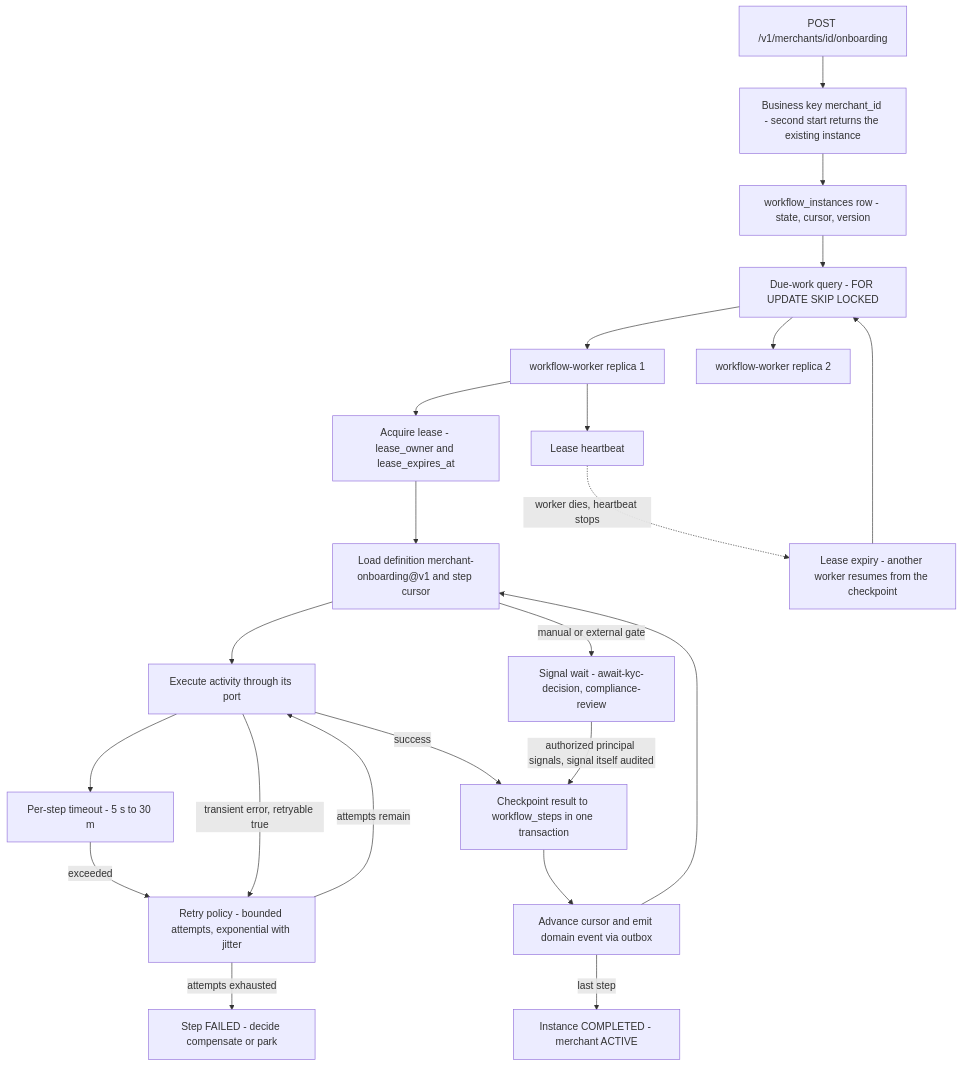
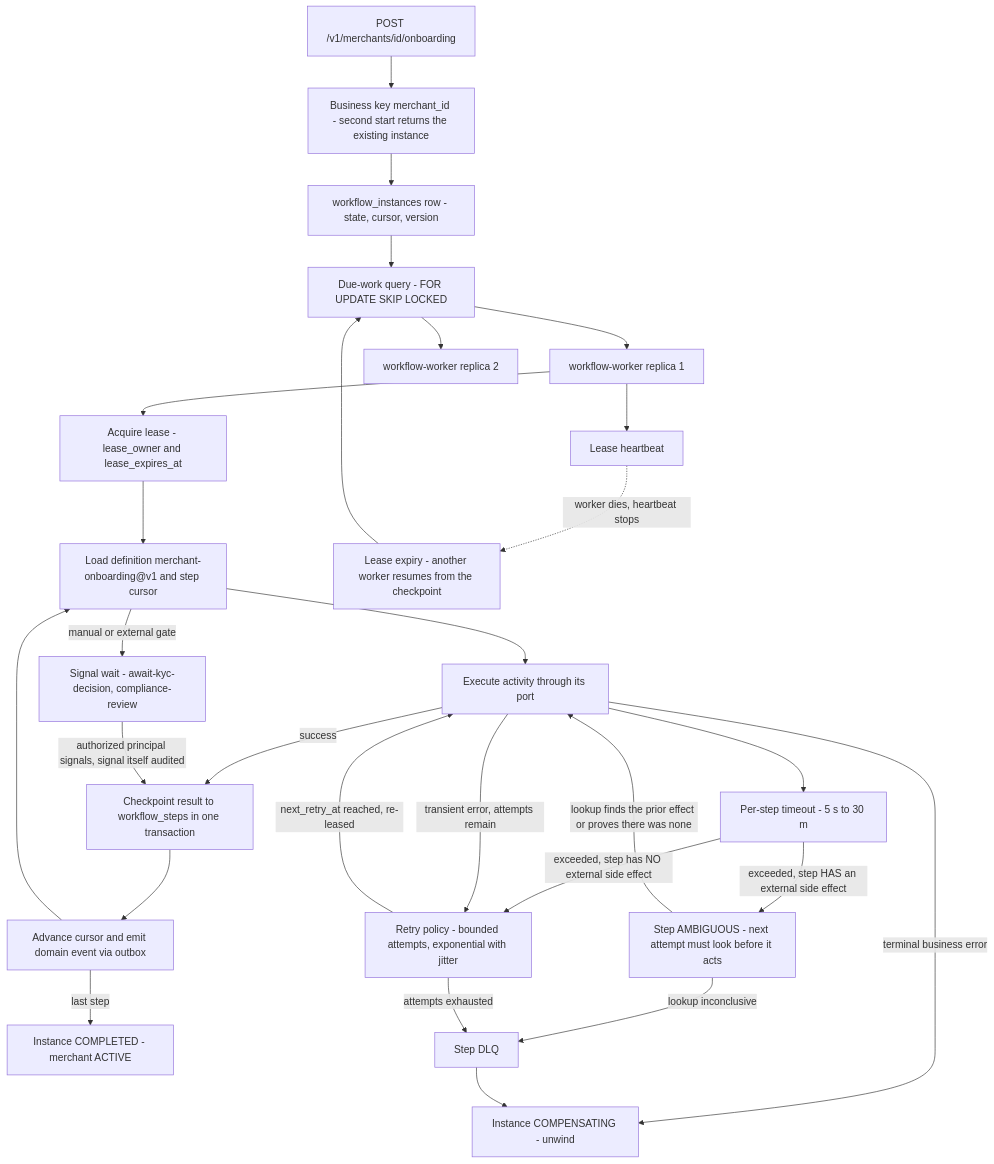
Before and after one commit to udaykishore-resu/payments-platform: the first of 4 diagrams in docs/diagrams/04-automation-plane.md, drawn with Mermaid. The commit also changed other lines of this file and 67 other files, not shown here.

````diff
--- a/docs/diagrams/04-automation-plane.md
+++ b/docs/diagrams/04-automation-plane.md
@@ -15,38 +17,43 @@
 ```mermaid
 flowchart TB
   START["POST /v1/merchants/id/onboarding"]
   BK["Business key merchant_id - second start returns the existing instance"]
   WI["workflow_instances row - state, cursor, version"]
   Q["Due-work query - FOR UPDATE SKIP LOCKED"]
   W1["workflow-worker replica 1"]
   W2["workflow-worker replica 2"]
   LEASE["Acquire lease - lease_owner and lease_expires_at"]
   LOAD["Load definition merchant-onboarding@v1 and step cursor"]
   EXEC["Execute activity through its port"]
   TO["Per-step timeout - 5 s to 30 m"]
   RTY["Retry policy - bounded attempts, exponential with jitter"]
   CKPT["Checkpoint result to workflow_steps in one transaction"]
   ADV["Advance cursor and emit domain event via outbox"]
   HB["Lease heartbeat"]
   EXP["Lease expiry - another worker resumes from the checkpoint"]
   SIG["Signal wait - await-kyc-decision, compliance-review"]
   DONE["Instance COMPLETED - merchant ACTIVE"]
 
   START --> BK --> WI
   WI --> Q
   Q --> W1
   Q --> W2
   W1 --> LEASE --> LOAD --> EXEC
   EXEC --> TO
-  TO -->|"exceeded"| RTY
-  EXEC -->|"transient error, retryable true"| RTY
-  RTY -->|"attempts remain"| EXEC
+  TO -->|"exceeded, step has NO external side effect"| RTY
+  TO -->|"exceeded, step HAS an external side effect"| AMB["Step AMBIGUOUS - next attempt must look before it acts"]
+  AMB -->|"lookup finds the prior effect or proves there was none"| EXEC
+  AMB -->|"lookup inconclusive"| DLQP["Step DLQ"]
+  EXEC -->|"transient error, attempts remain"| RTY
+  RTY -->|"next_retry_at reached, re-leased"| EXEC
   EXEC -->|"success"| CKPT --> ADV --> LOAD
   LOAD -->|"manual or external gate"| SIG
   SIG -->|"authorized principal signals, signal itself audited"| CKPT
   W1 --> HB
   HB -.->|"worker dies, heartbeat stops"| EXP
   EXP --> Q
   ADV -->|"last step"| DONE
-  RTY -->|"attempts exhausted"| FAILP["Step FAILED - decide compensate or park"]
+  RTY -->|"attempts exhausted"| DLQP
+  EXEC -->|"terminal business error"| FAILP["Instance COMPENSATING - unwind"]
+  DLQP --> FAILP
 ```
````
